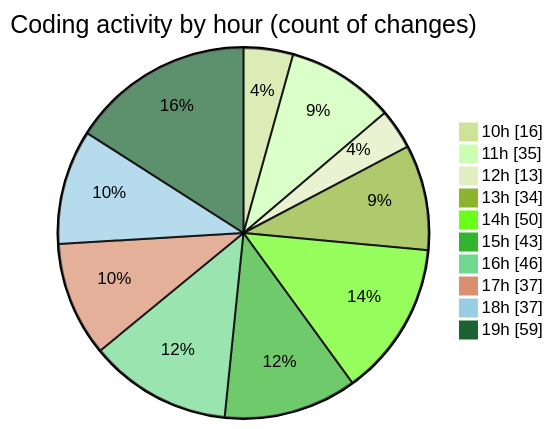
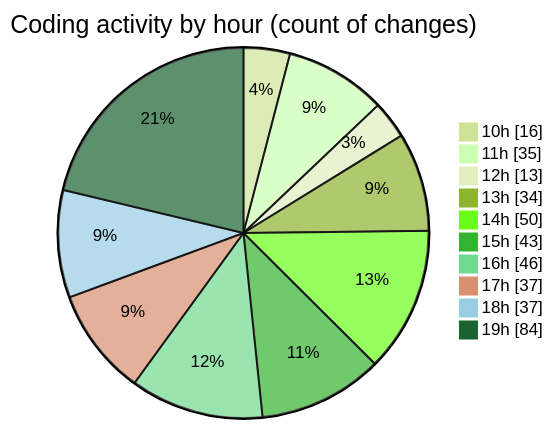
Before and after one commit to charlie-sans/code-tracking: the second of 2 diagrams in 2025-02-20/micros/README.md, drawn with Mermaid (forest theme). The commit also changed other lines of this file and 1 other file, not shown here.

````diff
--- a/2025-02-20/micros/README.md
+++ b/2025-02-20/micros/README.md
@@ -89,14 +93,14 @@
 ```mermaid
 pie showData
 title Coding activity by hour (count of changes)
 "10h" : 16
 "11h" : 35
 "12h" : 13
 "13h" : 34
 "14h" : 50
 "15h" : 43
 "16h" : 46
 "17h" : 37
 "18h" : 37
-"19h" : 59
+"19h" : 84
 ```
````
